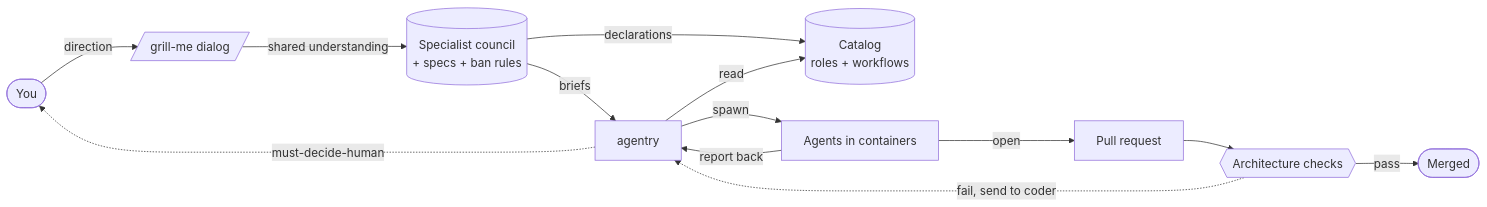
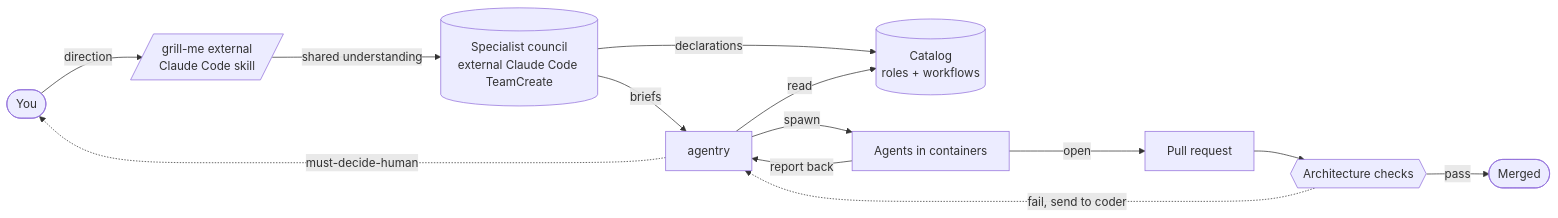
The diagram in README.md (yannickgranger/agentry), drawn with Mermaid before and after one commit. The commit also changed other lines of this file, not shown here.

Commit message:
auto(brf_readme_grill_council_external_relabel_v1): oss-readiness: relabel /grill-me + council in README diagram (closes #328)

````diff
--- a/README.md
+++ b/README.md
@@ -69,25 +69,25 @@
 ```mermaid
 flowchart LR
     you([You])
-    grill[/grill-me dialog/]
-    council[(Specialist council<br/>+ specs + ban rules)]
+    grill[/grill-me external<br/>Claude Code skill/]
+    council[(Specialist council<br/>external Claude Code TeamCreate)]
     cat[(Catalog<br/>roles + workflows)]
     sub[agentry]
     agents[Agents in containers]
     pr[Pull request]
     fences{{Architecture checks}}
     merged([Merged])
 
     you -->|direction| grill
     grill -->|shared understanding| council
     council -->|declarations| cat
     council -->|briefs| sub
     sub -->|read| cat
     sub -->|spawn| agents
     agents -->|report back| sub
     agents -->|open| pr
     pr --> fences
     fences -->|pass| merged
     fences -.->|fail, send to coder| sub
     sub -.->|must-decide-human| you
 ```
````
